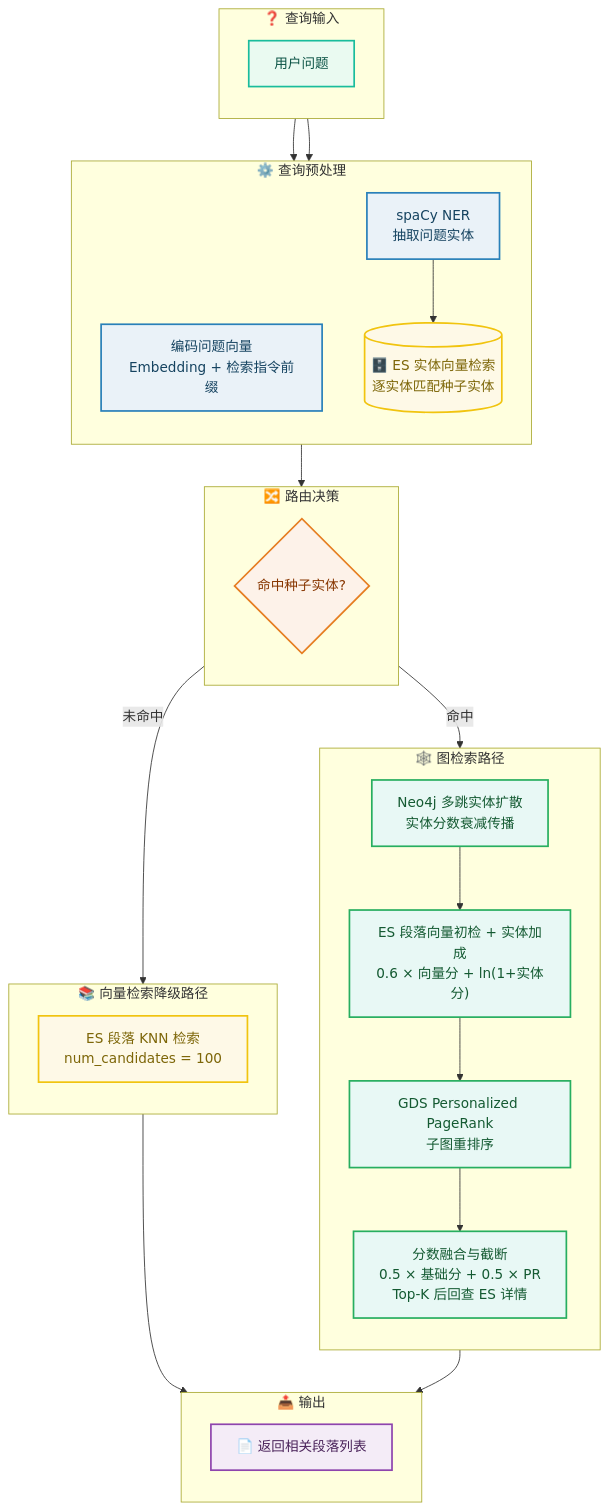
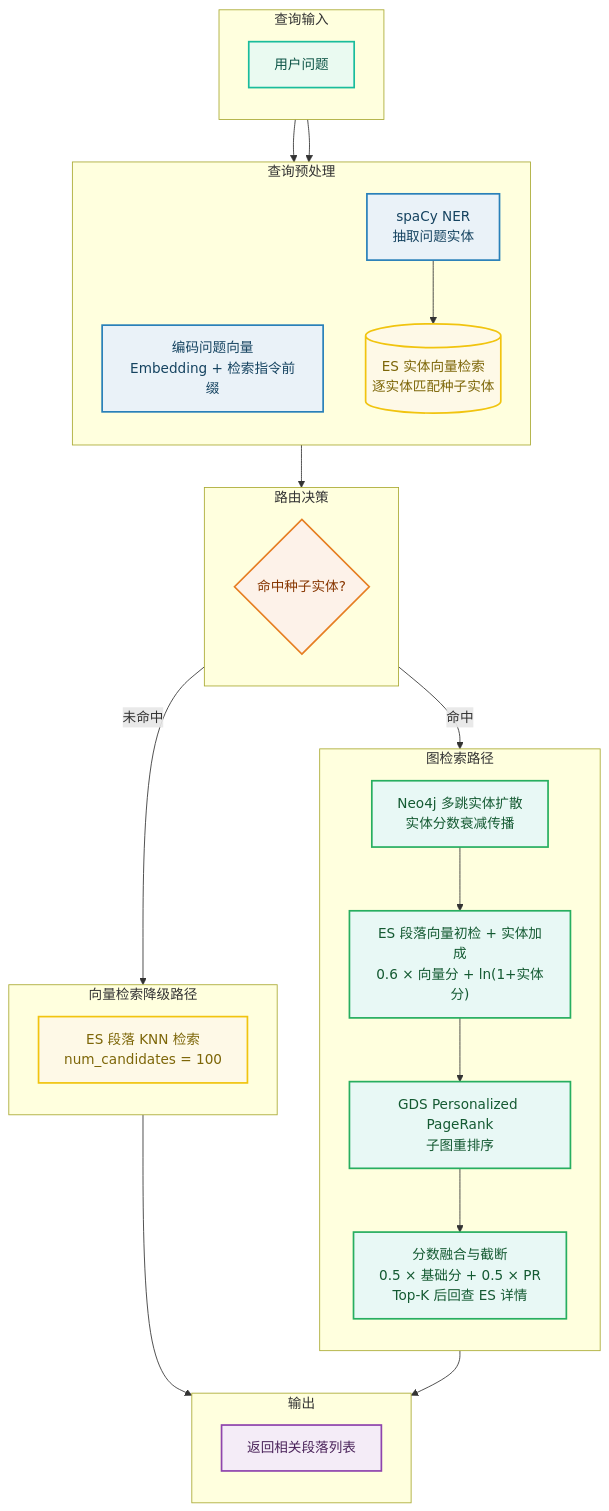
Before and after one commit to domicess/simplerag: the second of 2 diagrams in README.md, drawn with Mermaid. The commit also changed other lines of this file, not shown here.

````diff
--- a/README.md
+++ b/README.md
@@ -85,63 +80,63 @@
 ```mermaid
 flowchart TB
     classDef input fill:#eafaf1,stroke:#1abc9c,stroke-width:2px,color:#0b5345;
     classDef prep fill:#eaf2f8,stroke:#2980b9,stroke-width:2px,color:#154360;
     classDef es fill:#fef9e7,stroke:#f1c40f,stroke-width:2px,color:#7d6608;
     classDef decision fill:#fdf2e9,stroke:#e67e22,stroke-width:2px,color:#873600;
     classDef gpath fill:#e8f8f5,stroke:#27ae60,stroke-width:2px,color:#145a32;
     classDef out fill:#f4ecf7,stroke:#8e44ad,stroke-width:2px,color:#4a235a;
 
-    subgraph QUERY["❓ 查询输入"]
+    subgraph QUERY["查询输入"]
         direction TB
         A["用户问题"]
     end
 
-    subgraph PREP["⚙️ 查询预处理"]
+    subgraph PREP["查询预处理"]
         direction TB
         B["编码问题向量<br/>Embedding + 检索指令前缀"]
         C["spaCy NER<br/>抽取问题实体"]
-        D[("🗄️ ES 实体向量检索<br/>逐实体匹配种子实体")]
+        D[("ES 实体向量检索<br/>逐实体匹配种子实体")]
     end
 
-    subgraph ROUTE["🔀 路由决策"]
+    subgraph ROUTE["路由决策"]
         direction TB
         E{命中种子实体?}
     end
 
-    subgraph GRAPH["🕸️ 图检索路径"]
+    subgraph GRAPH["图检索路径"]
         direction TB
         F["Neo4j 多跳实体扩散<br/>实体分数衰减传播"]
         G["ES 段落向量初检 + 实体加成<br/>0.6 × 向量分 + ln(1+实体分)"]
         H["GDS Personalized PageRank<br/>子图重排序"]
         I["分数融合与截断<br/>0.5 × 基础分 + 0.5 × PR<br/>Top-K 后回查 ES 详情"]
     end
 
-    subgraph FALL["📚 向量检索降级路径"]
+    subgraph FALL["向量检索降级路径"]
         direction TB
         J["ES 段落 KNN 检索<br/>num_candidates = 100"]
     end
 
-    subgraph OUT["📤 输出"]
+    subgraph OUT["输出"]
         direction TB
-        K["📄 返回相关段落列表"]
+        K["返回相关段落列表"]
     end
 
     A --> B
     A --> C
     C --> D
     D --> E
     E -->|命中| F
     F --> G
     G --> H
     H --> I
     E -->|未命中| J
     I --> K
     J --> K
 
     class A input;
     class B,C prep;
     class D,J es;
     class E decision;
     class F,G,H,I gpath;
     class K out;
 ```
````
